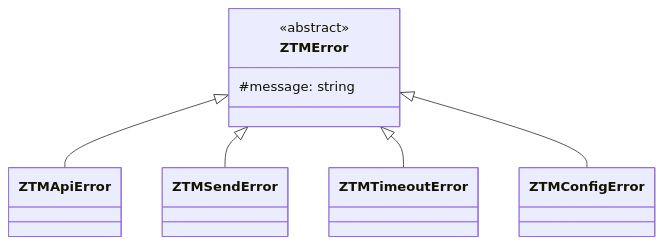
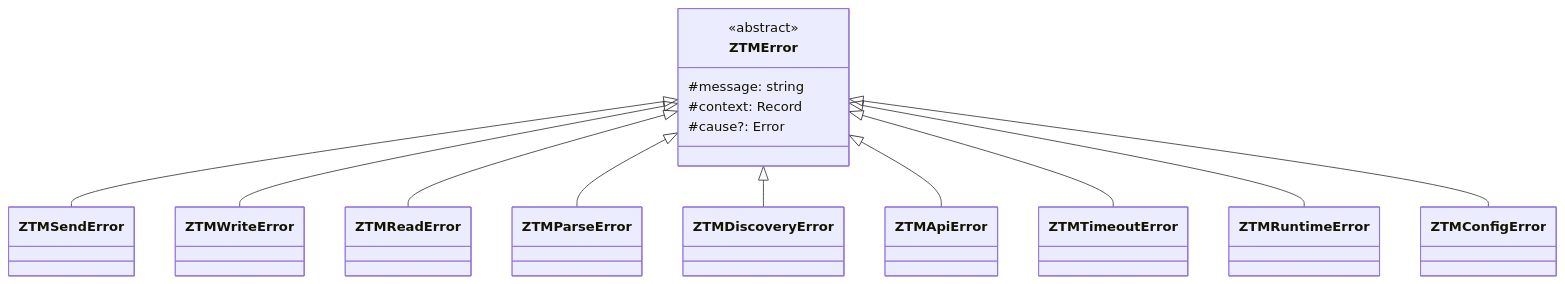
Before and after one commit to clawparty-ai/openclaw-channel-plugin-ztm: diagram 11 of 11 in docs/architecture.md, drawn with Mermaid. The commit also changed other lines of this file and 1 other file, not shown here.

First line of the commit message:
docs: complete error type documentation

````diff
--- a/docs/architecture.md
+++ b/docs/architecture.md
@@ -840,16 +840,28 @@
 ```mermaid
 classDiagram
     class ZTMError {
         <<abstract>>
         #message: string
+        #context: Record
+        #cause?: Error
     }
+    class ZTMSendError
+    class ZTMWriteError
+    class ZTMReadError
+    class ZTMParseError
+    class ZTMDiscoveryError
     class ZTMApiError
-    class ZTMSendError
     class ZTMTimeoutError
+    class ZTMRuntimeError
     class ZTMConfigError
 
+    ZTMError <|-- ZTMSendError
+    ZTMError <|-- ZTMWriteError
+    ZTMError <|-- ZTMReadError
+    ZTMError <|-- ZTMParseError
+    ZTMError <|-- ZTMDiscoveryError
     ZTMError <|-- ZTMApiError
-    ZTMError <|-- ZTMSendError
     ZTMError <|-- ZTMTimeoutError
+    ZTMError <|-- ZTMRuntimeError
     ZTMError <|-- ZTMConfigError
 ```
````
